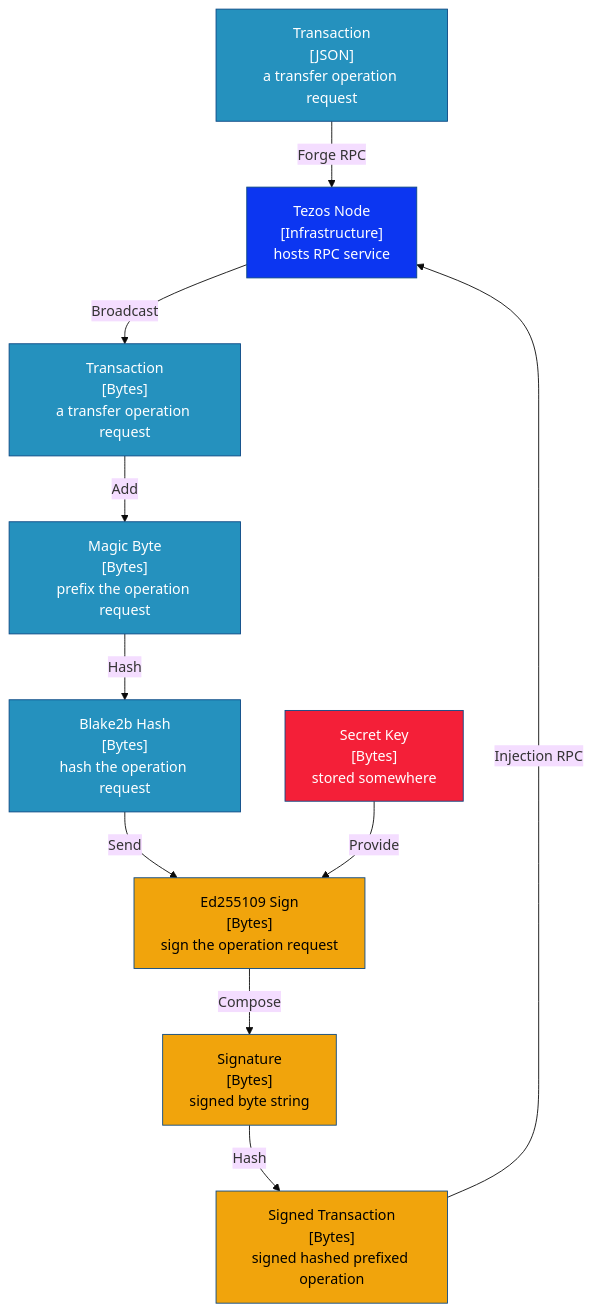
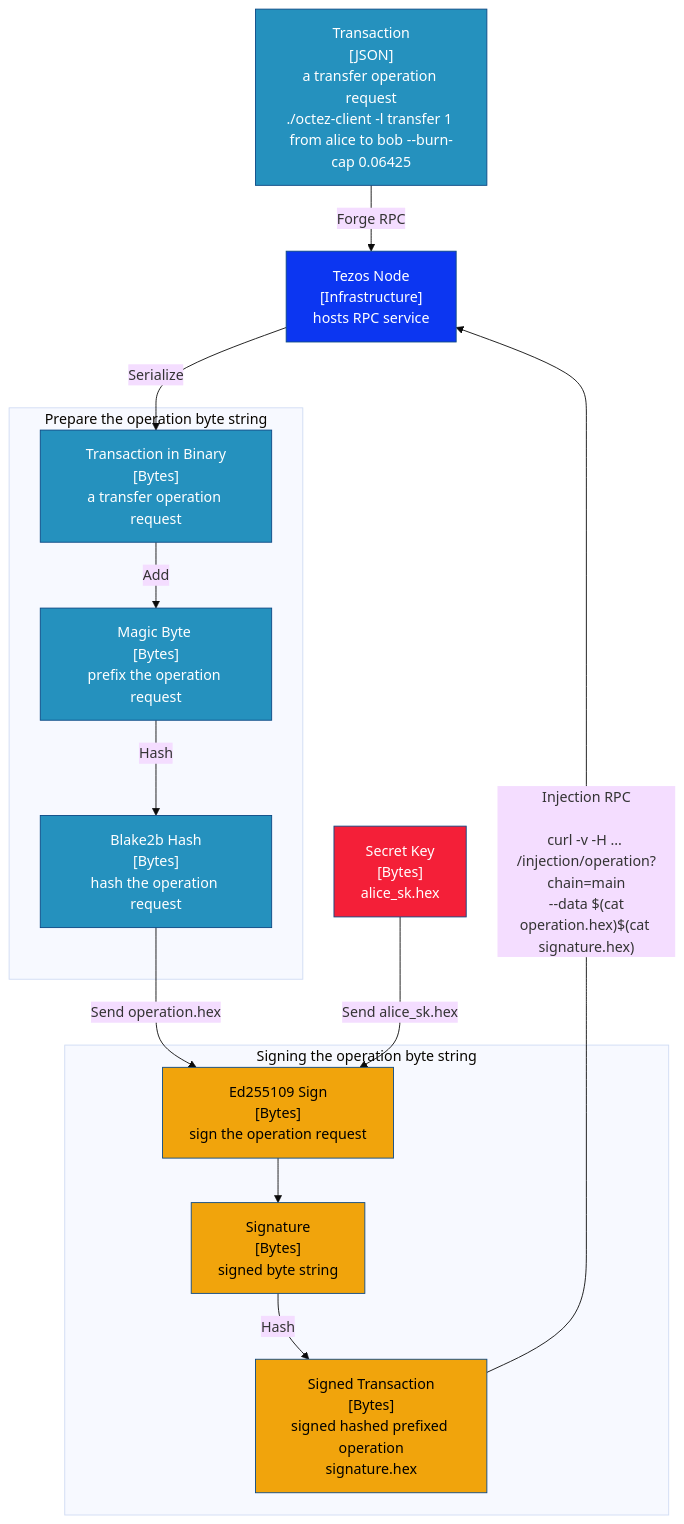
The fourth of 4 diagrams in docs/signatory-architecture.md (ecadlabs/signatory), drawn with Mermaid (base theme) before and after one commit. The commit also changed other lines of this file, not shown here.

Commit message:
revised signing component diagram

````diff
--- a/docs/signatory-architecture.md
+++ b/docs/signatory-architecture.md
@@ -211,59 +211,71 @@
 ```mermaid
 flowchart TB
 
 TJ["Transaction
 [JSON]
-a transfer operation request"]
-
-TB["Transaction
-[Bytes]
-a transfer operation request"]
+a transfer operation request<br>./octez-client -l transfer 1 from alice to bob --burn-cap 0.06425"]
 
 TN["Tezos Node
 [Infrastructure]
 hosts RPC service"]
 
-W["Magic Byte
+TB["Transaction in Binary
+[Bytes]
+a transfer operation request"]
+
+W["Magic Byte 
 [Bytes]
 prefix the operation request"]
 
 B["Blake2b Hash
 [Bytes]
 hash the operation request"]
 
 ED["Ed255109 Sign
 [Bytes]
 sign the operation request"]
 
 SK["Secret Key
 [Bytes]
-stored somewhere"]
+alice_sk.hex"]
 
 SIG["Signature
 [Bytes]
 signed byte string"]
 
 ST["Signed Transaction
 [Bytes]
-signed hashed prefixed operation"]
+signed hashed prefixed operation
+signature.hex"]
 
 TJ-- "Forge RPC" -->TN
-TN-- "Broadcast " -->TB
+TN-- "Serialize
+" -->TB
+
+
+subgraph Prepare the operation byte string
 TB-- "Add" -->W
 W-- "Hash" -->B
-B-- "Send" -->ED
-SK-- "Provide" -->ED
-ED-- "Compose" -->SIG
+end
+
+B-- "Send operation.hex" -->ED
+SK-- "Send alice_sk.hex" -->ED
+
+subgraph Signing the operation byte string
+ED  -->SIG
 SIG--"Hash " -->ST
-ST-- "Injection RPC" -->TN
+end
+
+ST-- "Injection RPC<br>
+curl -v -H ... <br>/injection/operation?chain=main<br> --data $(cat operation.hex)$(cat signature.hex)" -->TN
 
 classDef node fill:#0C36F1,stroke:#0b4884,color:#ffffff
 classDef key fill:#F41F38,stroke:#0b4884,color:#ffffff
 classDef transaction fill:#2591BE,stroke:#0b4884,color:#ffffff
 classDef signature fill:#F1A40C,stroke:#0b4884,color:#000000
 
 class TJ,TB,W,B transaction
 class TN node
 class SK key
 class ED,SIG,ST signature
 ```
````
